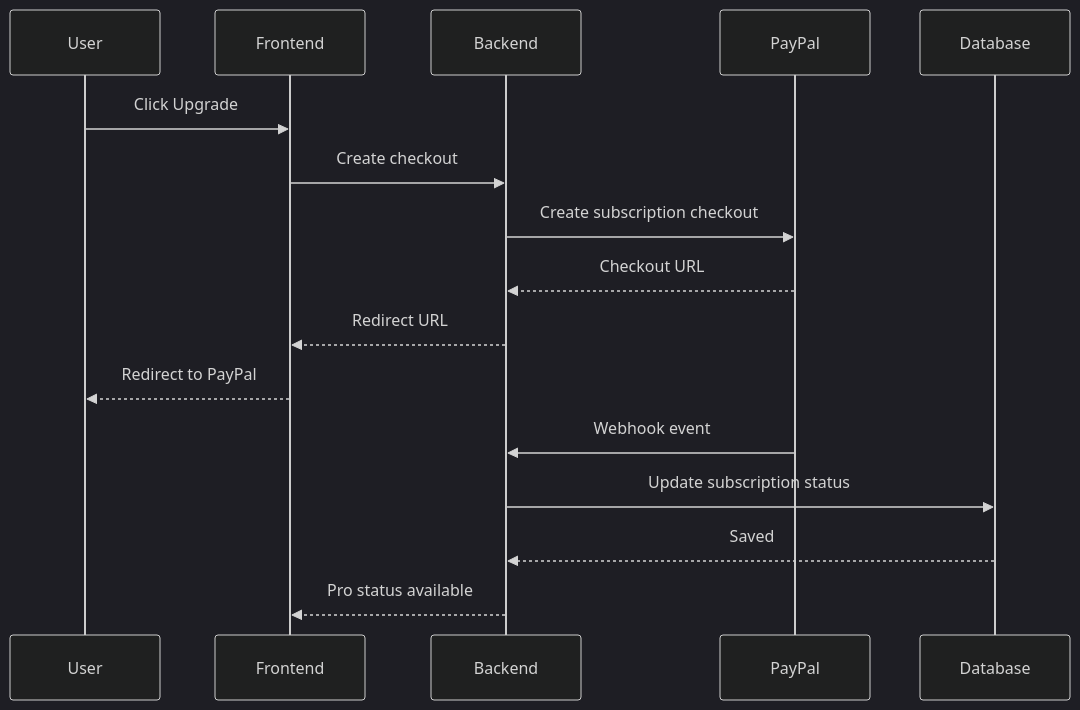
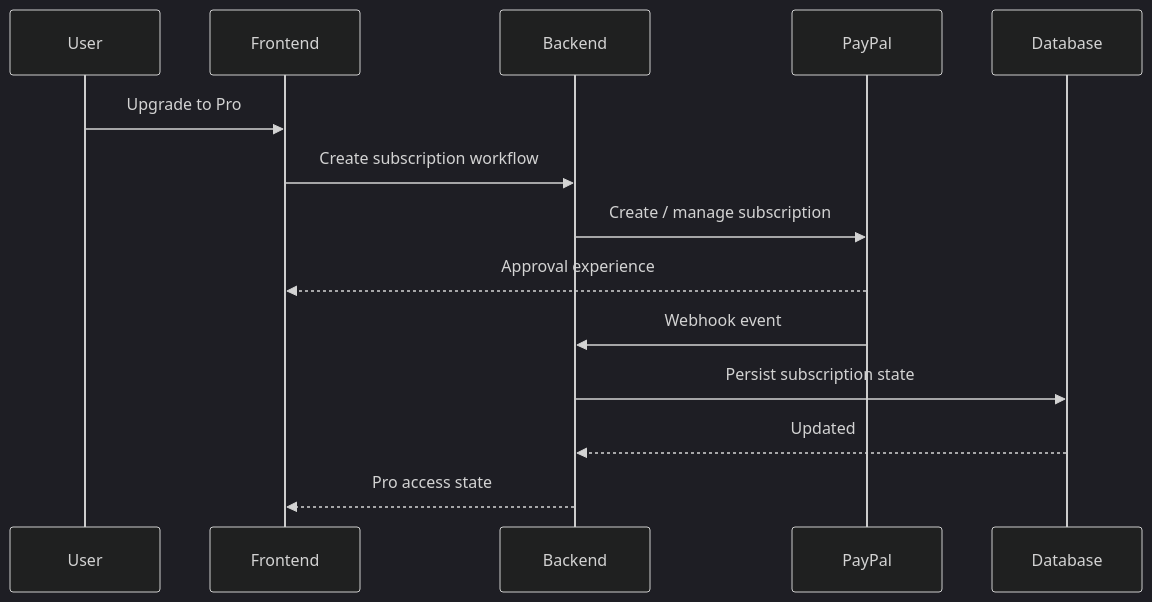
One commit to dejanjovic1283-ui/talentmatch-pro changed the fourth of 4 diagrams in README.md. Above: the diagram before and after it, drawn with Mermaid (dark theme). The commit also changed other lines of this file, not shown here.

Commit message:
docs: finalize TalentMatch Pro v3.0 README

````diff
--- a/README.md
+++ b/README.md
@@ -927,19 +558,17 @@
 ```mermaid
 sequenceDiagram
     participant User
     participant Frontend
     participant Backend
     participant PayPal
     participant Database
 
-    User->>Frontend: Click Upgrade
-    Frontend->>Backend: Create checkout
-    Backend->>PayPal: Create subscription checkout
-    PayPal-->>Backend: Checkout URL
-    Backend-->>Frontend: Redirect URL
-    Frontend-->>User: Redirect to PayPal
+    User->>Frontend: Upgrade to Pro
+    Frontend->>Backend: Create subscription workflow
+    Backend->>PayPal: Create / manage subscription
+    PayPal-->>Frontend: Approval experience
     PayPal->>Backend: Webhook event
-    Backend->>Database: Update subscription status
-    Database-->>Backend: Saved
-    Backend-->>Frontend: Pro status available
+    Backend->>Database: Persist subscription state
+    Database-->>Backend: Updated
+    Backend-->>Frontend: Pro access state
 ```
````
